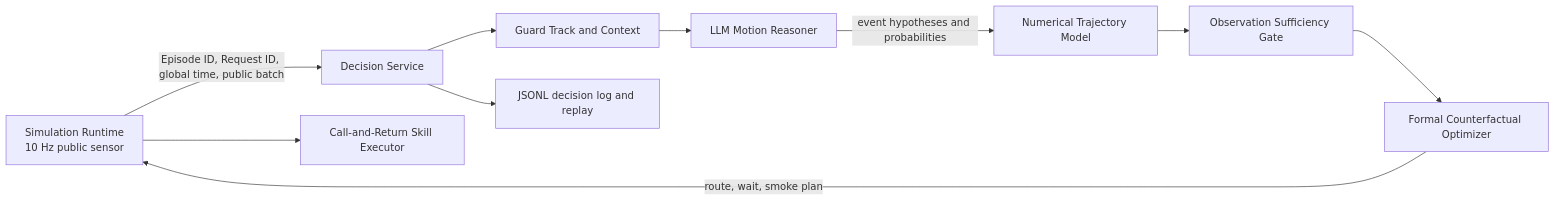
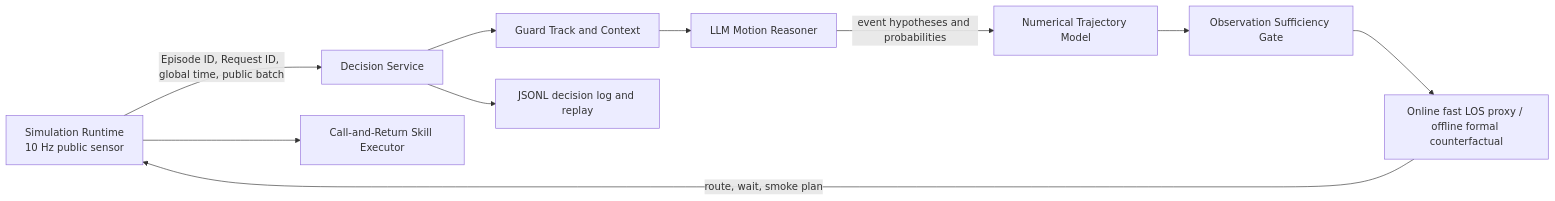
One commit to W1ndYang/QuadrupedArena changed the diagram in benchmarks/two_guard_design_v1/LLM_PREDICTION_SYSTEM_20261117.md. Above: the diagram before and after it, drawn with Mermaid. The commit also changed other lines of this file and 12 other files, not shown here.

````diff
--- a/benchmarks/two_guard_design_v1/LLM_PREDICTION_SYSTEM_20261117.md
+++ b/benchmarks/two_guard_design_v1/LLM_PREDICTION_SYSTEM_20261117.md
@@ -21,12 +21,12 @@
 ```mermaid
 flowchart LR
   S[Simulation Runtime\n10 Hz public sensor] -->|Episode ID, Request ID, global time, public batch| D[Decision Service]
   D --> T[Guard Track and Context]
   T --> L[LLM Motion Reasoner]
   L -->|event hypotheses and probabilities| N[Numerical Trajectory Model]
   N --> G[Observation Sufficiency Gate]
-  G --> O[Formal Counterfactual Optimizer]
+  G --> O[Online fast LOS proxy / offline formal counterfactual]
   O -->|route, wait, smoke plan| S
   S --> X[Call-and-Return Skill Executor]
   D --> J[JSONL decision log and replay]
 ```
````
